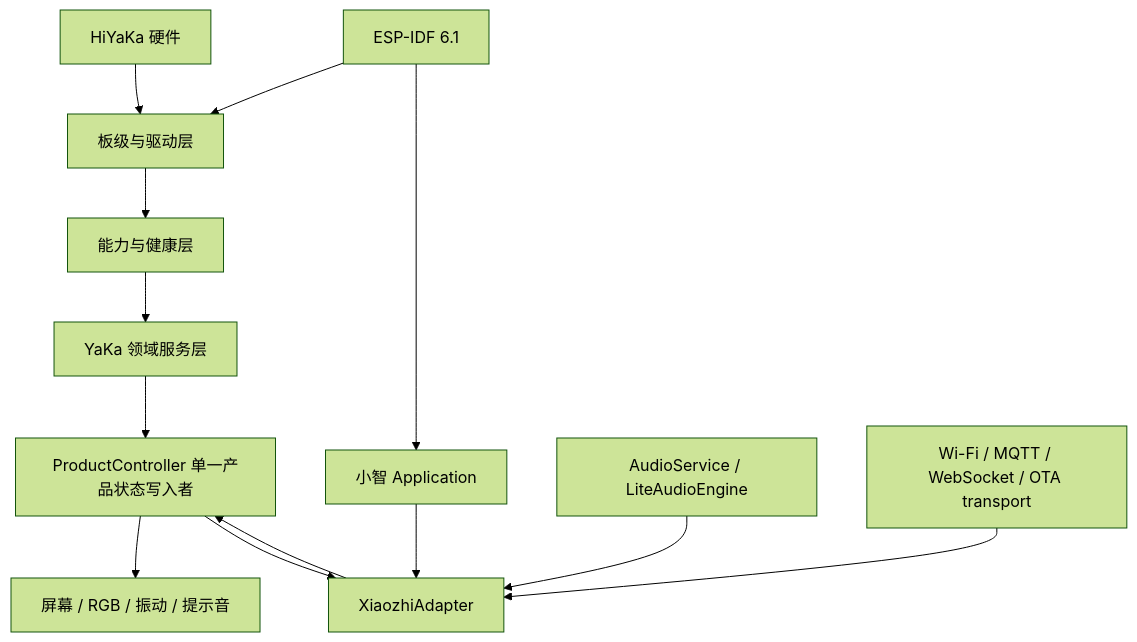
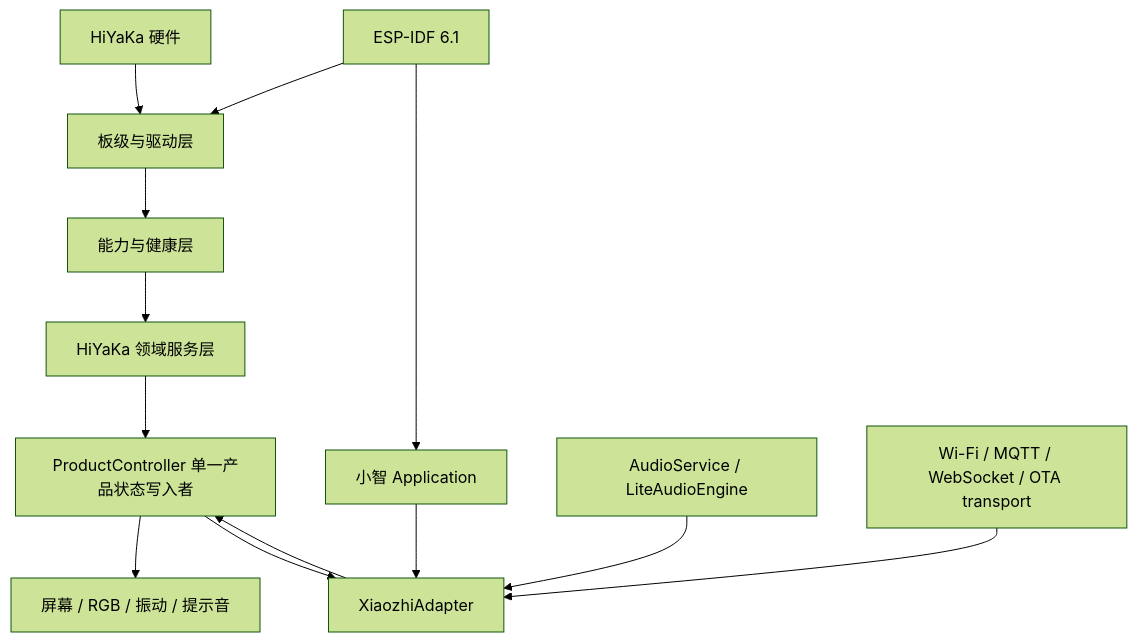
One commit to njueeRay/hi-yaka-firmware changed the diagram in docs/yaka/firmware-architecture.md. Above: the diagram before and after it, drawn with Mermaid (forest theme). The commit also changed other lines of this file and 32 other files, not shown here.

````diff
--- a/docs/yaka/firmware-architecture.md
+++ b/docs/yaka/firmware-architecture.md
@@ -164,17 +164,17 @@
 ```mermaid
 flowchart TD
     HW[HiYaKa 硬件] --> BSP[板级与驱动层]
     BSP --> CAP[能力与健康层]
-    CAP --> SVC[YaKa 领域服务层]
+    CAP --> SVC[HiYaKa 领域服务层]
     SVC --> PC[ProductController 单一产品状态写入者]
     PC --> UI[屏幕 / RGB / 振动 / 提示音]
 
     XAPP[小智 Application] --> XADP[XiaozhiAdapter]
     XAUDIO[AudioService / LiteAudioEngine] --> XADP
     XNET[Wi-Fi / MQTT / WebSocket / OTA transport] --> XADP
     XADP --> PC
     PC --> XADP
 
     IDF[ESP-IDF 6.1] --> BSP
     IDF --> XAPP
 ```
````
